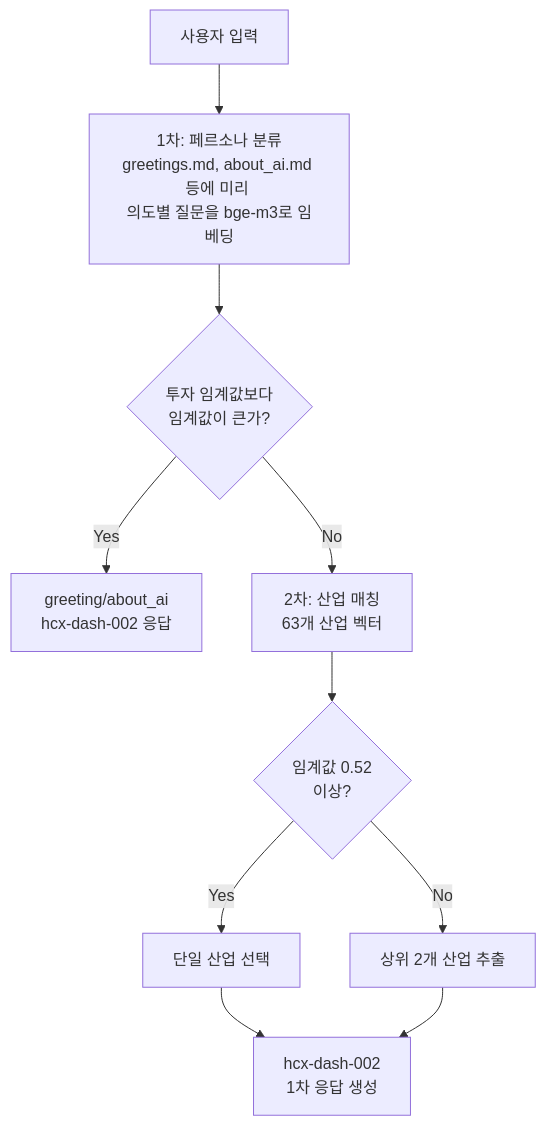
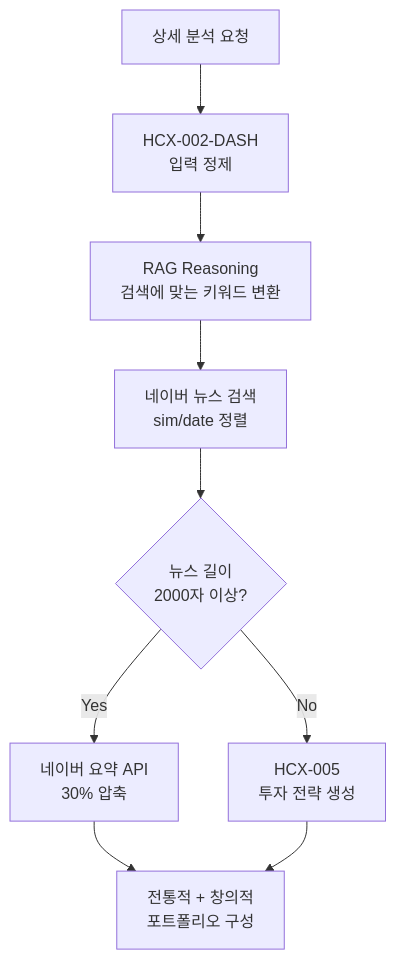
One commit to Plokies-2/AIfestival changed the first of 4 diagrams in README.md. Above: the diagram before and after it, drawn with Mermaid. The commit also changed other lines of this file and 3 other files, not shown here.

````diff
--- a/README.md
+++ b/README.md
@@ -134,12 +144,11 @@
 ```mermaid
 graph TD
-    A[사용자 입력] --> B[1차: 페르소나 분류<br/>greetings.md, about_ai.md 등에 미리 <br/>의도별 질문을 bge-m3로 임베딩]
-    B --> C{투자 임계값보다<br/>임계값이 큰가?}
-    C -->|Yes| D[greeting/about_ai<br/>hcx-dash-002 응답]
-    C -->|No| E[2차: 산업 매칭<br/>63개 산업 벡터]
-    E --> F{임계값 0.52<br/>이상?}
-    F -->|Yes| G[단일 산업 선택]
-    F -->|No| H[상위 2개 산업 추출]
-    G --> I[hcx-dash-002<br/>1차 응답 생성]
-    H --> I
+    A[상세 분석 요청] --> B[HCX-002-DASH<br/>입력 정제]
+    B --> C[RAG Reasoning<br/>검색에 맞는 키워드 변환]
+    C --> D[네이버 뉴스 검색<br/>sim/date 정렬]
+    D --> E{뉴스 길이<br/>2000자 이상?}
+    E -->|Yes| F[네이버 요약 API<br/>30% 압축]
+    E -->|No| G[HCX-005<br/>투자 전략 생성]
+    F --> H[전통적 + 창의적<br/>포트폴리오 구성]
+    G --> H
 ```
````
